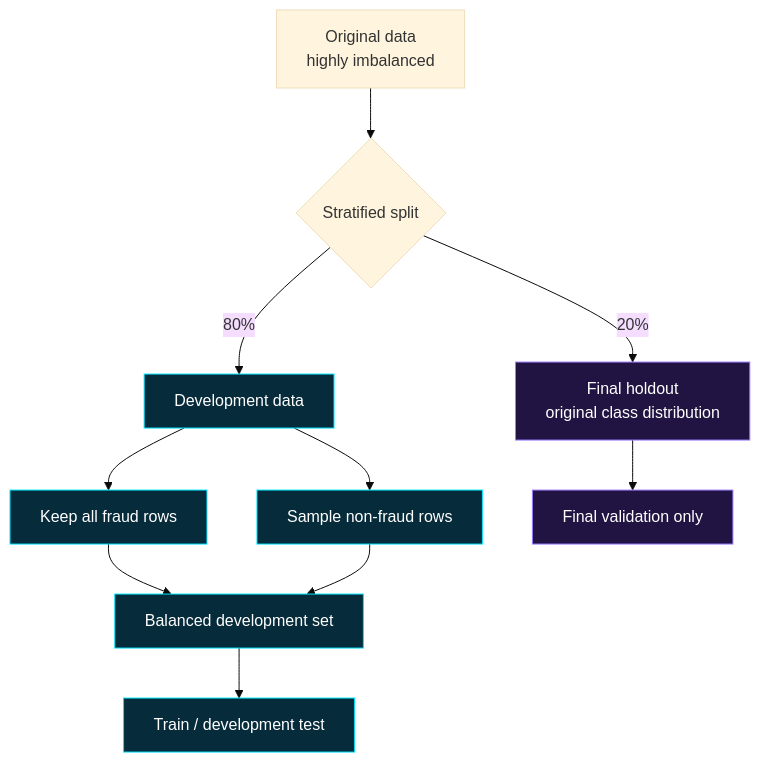
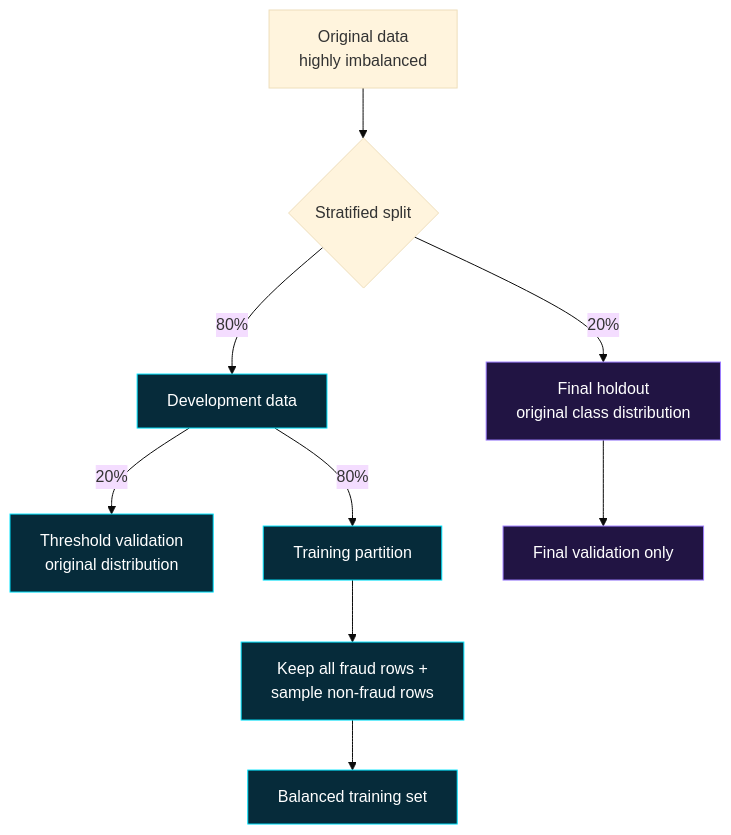
One commit to rachit-bhatt/Fraud-Detection changed the fourth of 6 diagrams in README.md. Above: the diagram before and after it, drawn with Mermaid (base theme). The commit also changed other lines of this file and 3 other files, not shown here.

````diff
--- a/README.md
+++ b/README.md
@@ -117,16 +117,15 @@
 ```mermaid
 flowchart TD
     A[Original data<br/>highly imbalanced] --> B{Stratified split}
     B -->|20%| C[Final holdout<br/>original class distribution]
     B -->|80%| D[Development data]
-    D --> E[Keep all fraud rows]
-    D --> F[Sample non-fraud rows]
-    E --> G[Balanced development set]
-    F --> G
-    G --> H[Train / development test]
+    D -->|20%| H[Threshold validation<br/>original distribution]
+    D -->|80%| E[Training partition]
+    E --> F[Keep all fraud rows +<br/>sample non-fraud rows]
+    F --> G[Balanced training set]
     C --> I[Final validation only]
     classDef final fill:#211443,stroke:#9c7cff,color:#fff;
     classDef dev fill:#062b3a,stroke:#00e5ff,color:#fff;
     class C,I final;
     class D,E,F,G,H dev;
 ```
````
